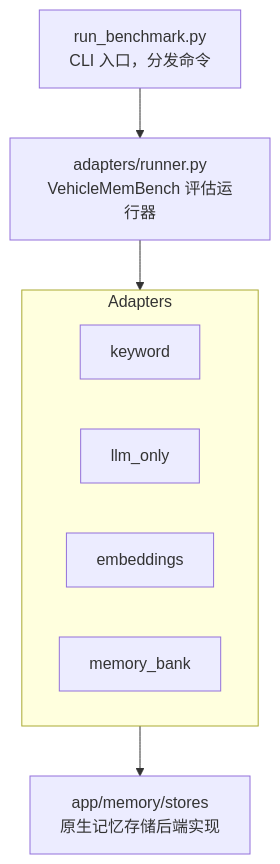
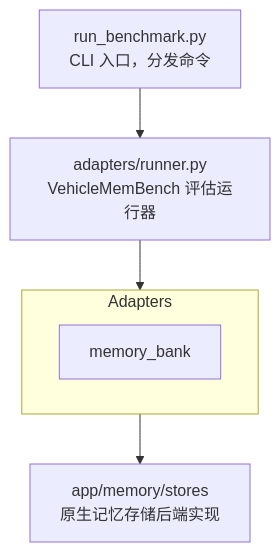
The third of 3 diagrams in README.md (MiyakoMeow/DrivePal), drawn with Mermaid before and after one commit. The commit also changed other lines of this file, not shown here.

````diff
--- a/README.md
+++ b/README.md
@@ -182,18 +167,15 @@
 ```mermaid
 flowchart TD
     CLI[run_benchmark.py<br>CLI 入口，分发命令]
     Runner[adapters/runner.py<br>VehicleMemBench 评估运行器]
     Adapters[adapters/memory_adapters<br>记忆存储适配器]
     Stores[app/memory/stores<br>原生记忆存储后端实现]
     
     CLI --> Runner
     Runner --> Adapters
     Adapters --> Stores
     
     subgraph Adapters
-        K[keyword]
-        L[llm_only]
-        E[embeddings]
         M[memory_bank]
     end
 ```
````
